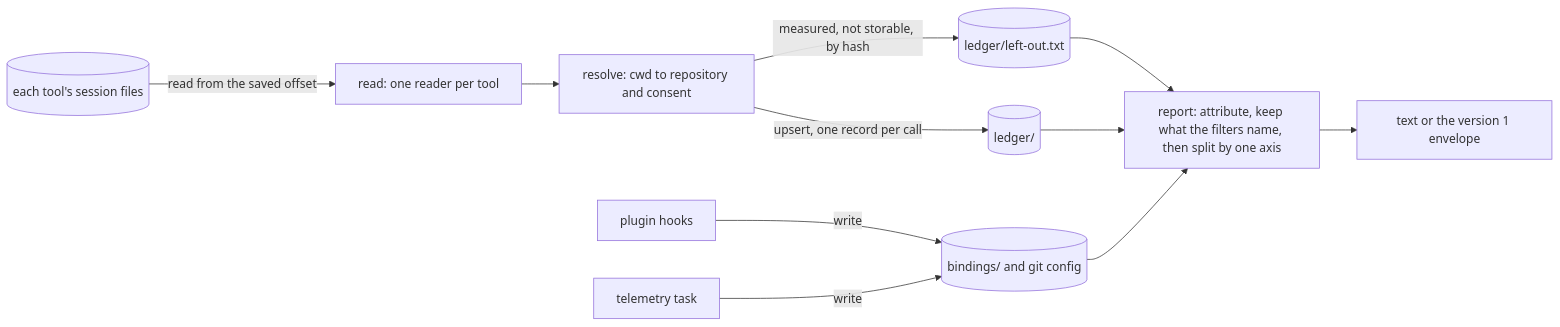
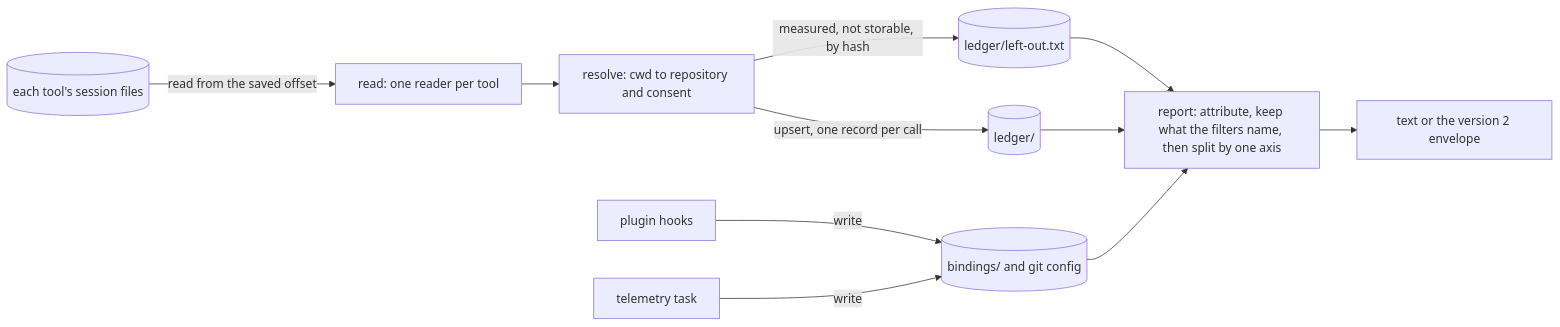
Before and after one commit to BlandineRdl/framework: the diagram in cli/aidd_docs/memory/telemetry.md, drawn with Mermaid. The commit also changed other lines of this file and 34 other files, not shown here.

First line of the commit message:
feat(telemetry): report envelope v2 keeps the figures apart from the run (#1048)

````diff
--- a/cli/aidd_docs/memory/telemetry.md
+++ b/cli/aidd_docs/memory/telemetry.md
@@ -18,13 +18,13 @@
 ```mermaid
 flowchart LR
     Files[("each tool's session files")] -->|read from the saved offset| Reader["read: one reader per tool"]
     Reader --> Resolver["resolve: cwd to repository and consent"]
     Resolver -->|upsert, one record per call| Ledger[("ledger/")]
     Resolver -->|measured, not storable, by hash| Left[("ledger/left-out.txt")]
     Left --> Report
     Hooks["plugin hooks"] -->|write| Bindings[("bindings/ and git config")]
     Task["telemetry task"] -->|write| Bindings
     Ledger --> Report["report: attribute, keep what the filters name, then split by one axis"]
     Bindings --> Report
-    Report --> Out["text or the version 1 envelope"]
+    Report --> Out["text or the version 2 envelope"]
 ```
````
